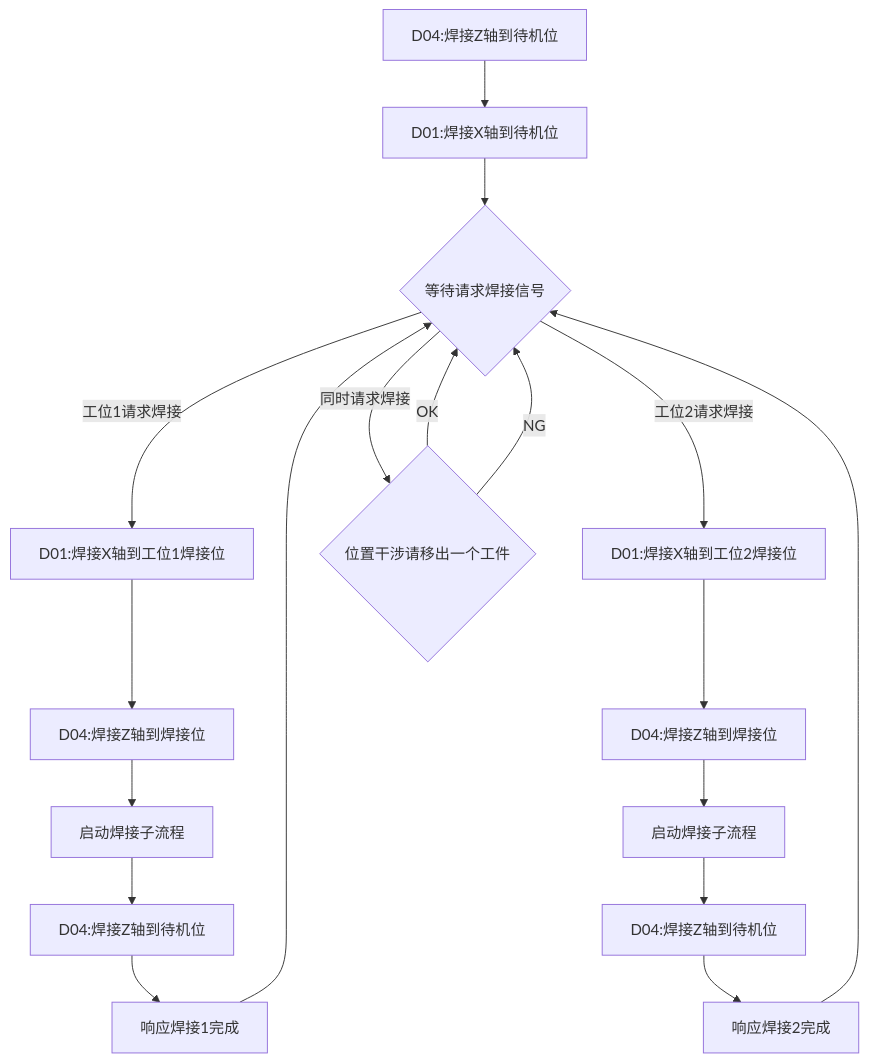
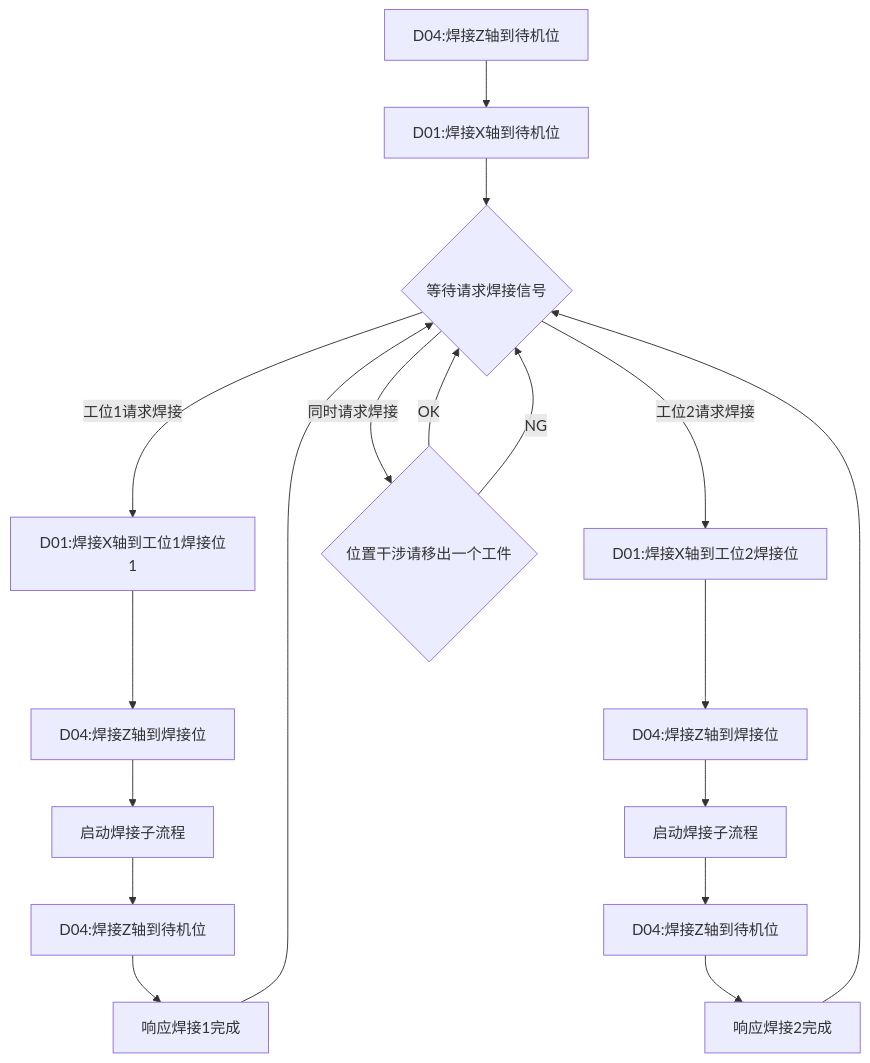
Before and after one commit to PengKun1/iodraw-files: the diagram in all/OP20-1焊接工位自动流程.md, drawn with Mermaid.

Commit message:
2024-08-07 14:09:13 update

````diff
--- a/all/OP20-1焊接工位自动流程.md
+++ b/all/OP20-1焊接工位自动流程.md
@@ -1,20 +1,20 @@
 ```mermaid
 graph TD
 10[D04:焊接Z轴到待机位]-->20
 20[D01:焊接X轴到待机位]-->30
 30{等待请求焊接信号}-->|工位1请求焊接|40
 30-->|工位2请求焊接|100
 30-->|同时请求焊接|900
-40[D01:焊接X轴到工位1焊接位]-->50
+40[D01:焊接X轴到工位1焊接位1]-->50
 50[D04:焊接Z轴到焊接位]-->60
 60[启动焊接子流程]-->70
 70[D04:焊接Z轴到待机位]-->80
 80[响应焊接1完成]-->30
 100[D01:焊接X轴到工位2焊接位]-->110
 110[D04:焊接Z轴到焊接位]-->120
 120[启动焊接子流程]-->130
 130[D04:焊接Z轴到待机位]-->140
 140[响应焊接2完成]-->30
 900{位置干涉请移出一个工件}-->|OK|30
 900-->|NG|30
 ```
````
